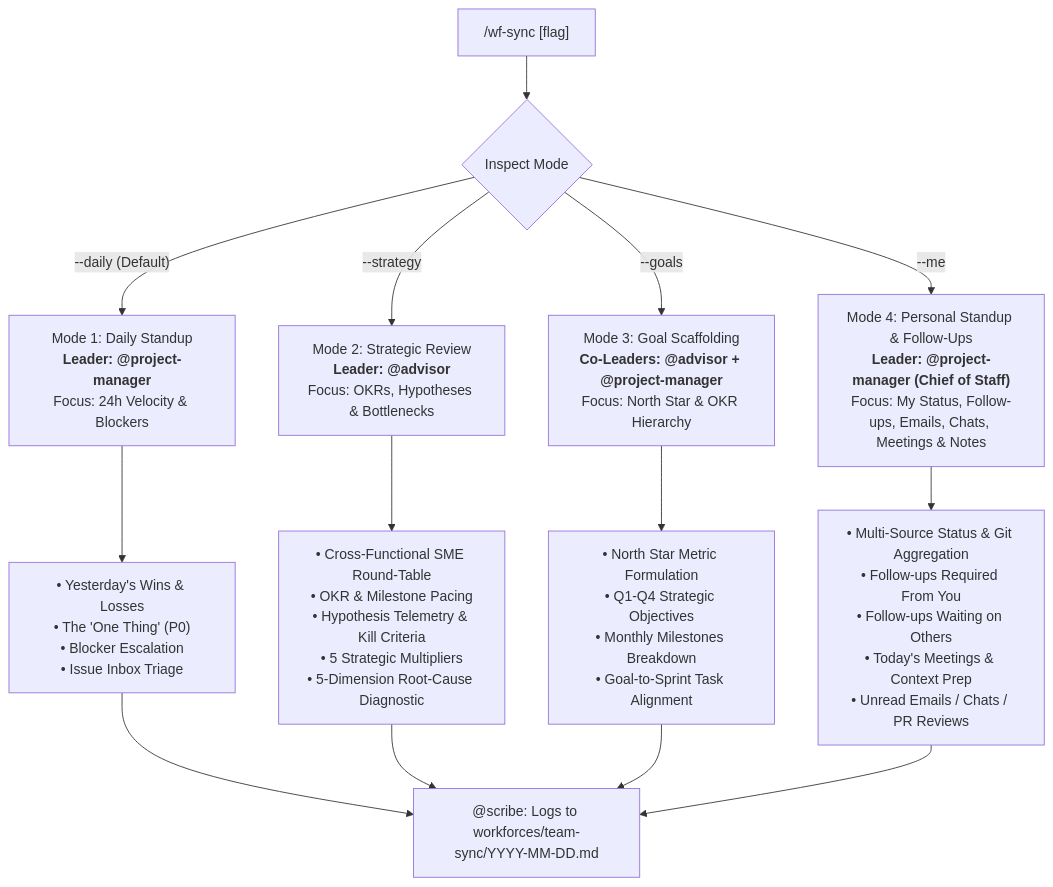
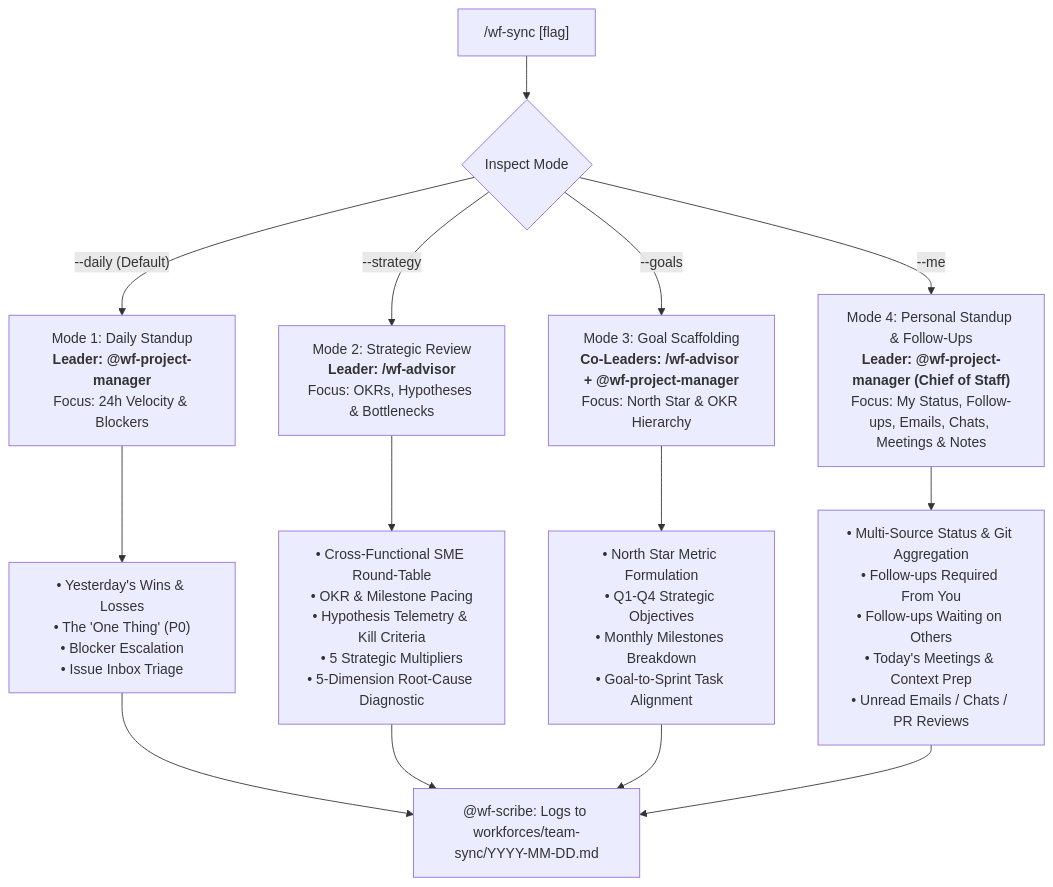
The diagram in skills/wf-sync/SKILL.md (wedigcode/workforces), drawn with Mermaid before and after one commit. The commit also changed other lines of this file and 242 other files, not shown here.

````diff
--- a/skills/wf-sync/SKILL.md
+++ b/skills/wf-sync/SKILL.md
@@ -25,19 +25,19 @@
 ```mermaid
 graph TD
     Trigger["/wf-sync [flag]"] --> Router{"Inspect Mode"}
     
-    Router -->|"--daily (Default)"| ModeDaily["Mode 1: Daily Standup<br/><b>Leader: @project-manager</b><br/>Focus: 24h Velocity & Blockers"]
-    Router -->|"--strategy"| ModeStrat["Mode 2: Strategic Review<br/><b>Leader: @advisor</b><br/>Focus: OKRs, Hypotheses & Bottlenecks"]
-    Router -->|"--goals"| ModeGoals["Mode 3: Goal Scaffolding<br/><b>Co-Leaders: @advisor + @project-manager</b><br/>Focus: North Star & OKR Hierarchy"]
-    Router -->|"--me"| ModeMe["Mode 4: Personal Standup & Follow-Ups<br/><b>Leader: @project-manager (Chief of Staff)</b><br/>Focus: My Status, Follow-ups, Emails, Chats, Meetings & Notes"]
+    Router -->|"--daily (Default)"| ModeDaily["Mode 1: Daily Standup<br/><b>Leader: @wf-project-manager</b><br/>Focus: 24h Velocity & Blockers"]
+    Router -->|"--strategy"| ModeStrat["Mode 2: Strategic Review<br/><b>Leader: /wf-advisor</b><br/>Focus: OKRs, Hypotheses & Bottlenecks"]
+    Router -->|"--goals"| ModeGoals["Mode 3: Goal Scaffolding<br/><b>Co-Leaders: /wf-advisor + @wf-project-manager</b><br/>Focus: North Star & OKR Hierarchy"]
+    Router -->|"--me"| ModeMe["Mode 4: Personal Standup & Follow-Ups<br/><b>Leader: @wf-project-manager (Chief of Staff)</b><br/>Focus: My Status, Follow-ups, Emails, Chats, Meetings & Notes"]
     
     ModeDaily --> StandupExec["• Yesterday's Wins & Losses<br/>• The 'One Thing' (P0)<br/>• Blocker Escalation<br/>• Issue Inbox Triage"]
     ModeStrat --> StratExec["• Cross-Functional SME Round-Table<br/>• OKR & Milestone Pacing<br/>• Hypothesis Telemetry & Kill Criteria<br/>• 5 Strategic Multipliers<br/>• 5-Dimension Root-Cause Diagnostic"]
     ModeGoals --> GoalExec["• North Star Metric Formulation<br/>• Q1-Q4 Strategic Objectives<br/>• Monthly Milestones Breakdown<br/>• Goal-to-Sprint Task Alignment"]
     ModeMe --> MeExec["• Multi-Source Status & Git Aggregation<br/>• Follow-ups Required From You<br/>• Follow-ups Waiting on Others<br/>• Today's Meetings & Context Prep<br/>• Unread Emails / Chats / PR Reviews"]
     
-    StandupExec --> ScribeLog["@scribe: Logs to workforces/team-sync/YYYY-MM-DD.md"]
+    StandupExec --> ScribeLog["@wf-scribe: Logs to workforces/team-sync/YYYY-MM-DD.md"]
     StratExec --> ScribeLog
     GoalExec --> ScribeLog
     MeExec --> ScribeLog
 ```
````
